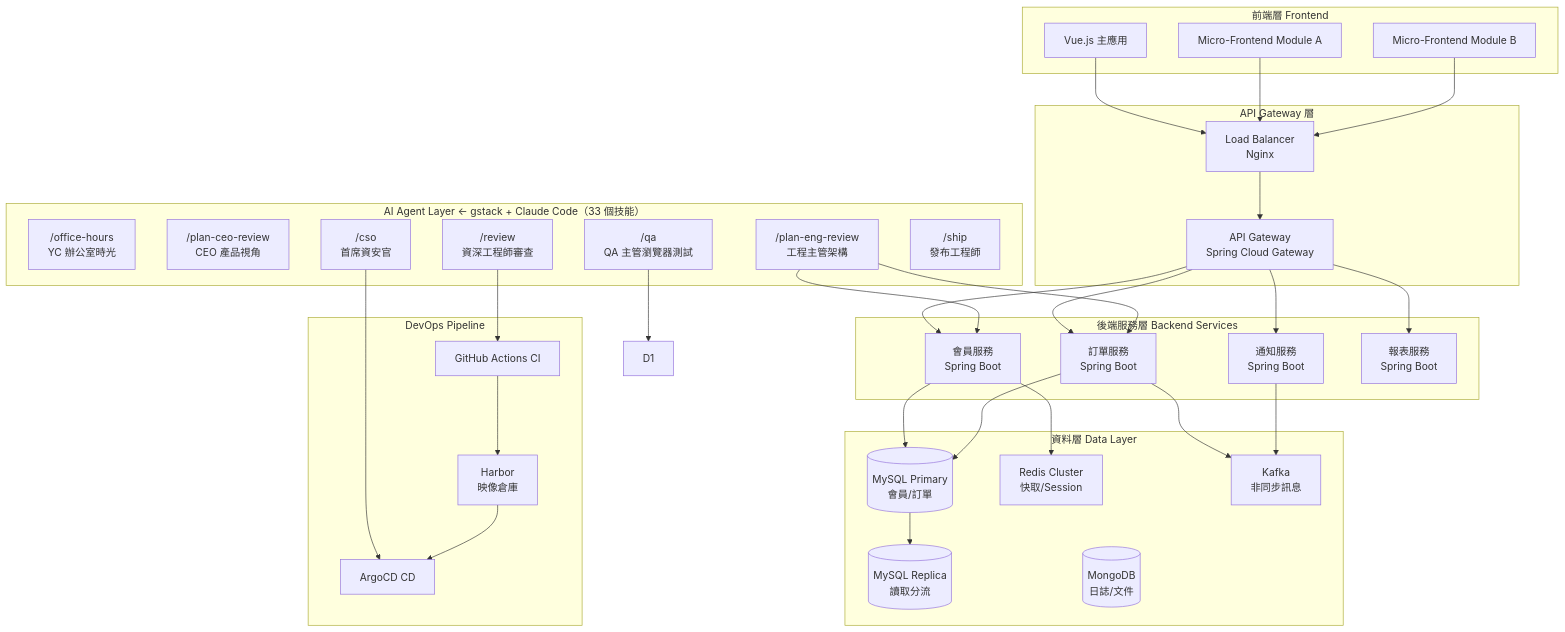
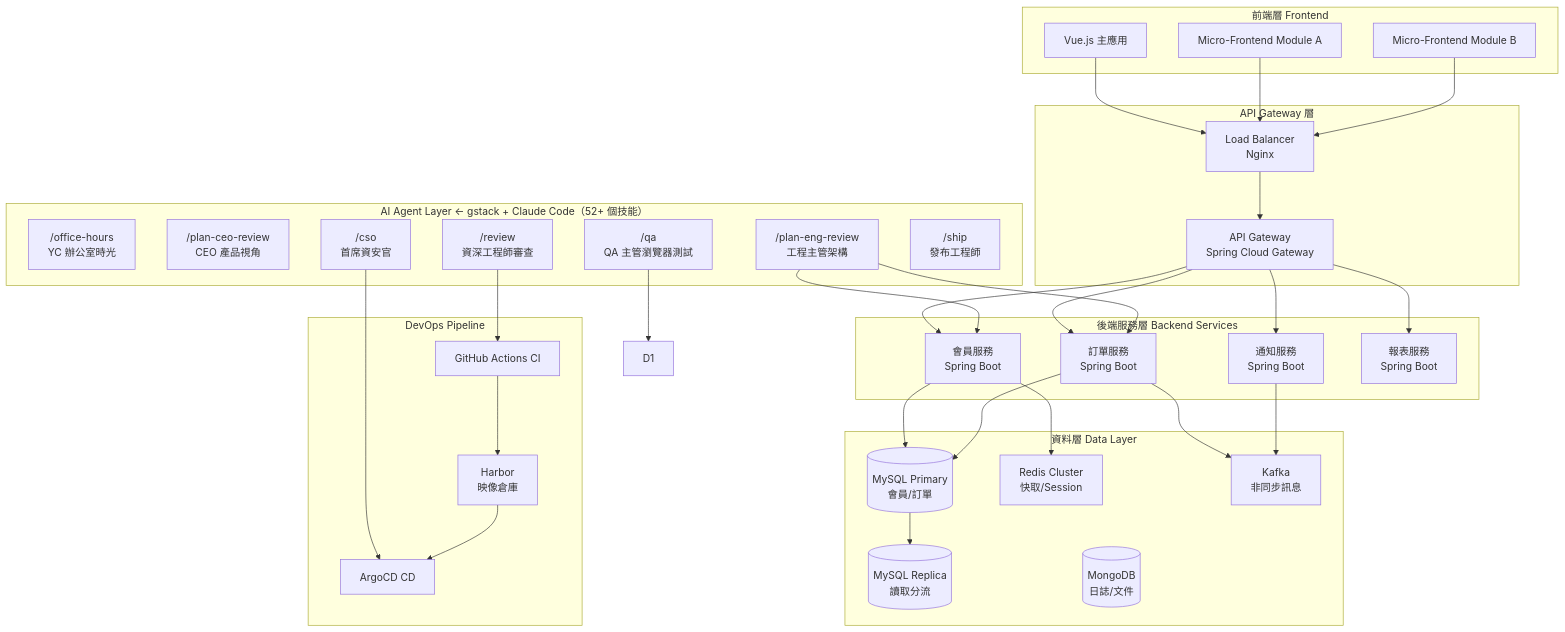
One commit to chihhung/Blog changed the first of 6 diagrams in content/posts/教學/AI開發/gstack教學手冊.md. Above: the diagram before and after it, drawn with Mermaid. The commit also changed other lines of this file and 12 other files, not shown here.

````diff
--- a/content/posts/教學/AI開發/gstack教學手冊.md
+++ b/content/posts/教學/AI開發/gstack教學手冊.md
@@ -250,66 +260,66 @@
 ```mermaid
 graph TB
     subgraph "前端層 Frontend"
         FE1[Vue.js 主應用]
         FE2[Micro-Frontend Module A]
         FE3[Micro-Frontend Module B]
     end
 
     subgraph "API Gateway 層"
         GW[API Gateway\nSpring Cloud Gateway]
         LB[Load Balancer\nNginx]
     end
 
     subgraph "後端服務層 Backend Services"
         SVC1[會員服務\nSpring Boot]
         SVC2[訂單服務\nSpring Boot]
         SVC3[通知服務\nSpring Boot]
         SVC4[報表服務\nSpring Boot]
     end
 
-    subgraph "AI Agent Layer ← gstack + Claude Code（33 個技能）"
+    subgraph "AI Agent Layer ← gstack + Claude Code（52+ 個技能）"
         AG1["/office-hours<br/>YC 辦公室時光"]
         AG2["/plan-ceo-review<br/>CEO 產品視角"]
         AG3["/plan-eng-review<br/>工程主管架構"]
         AG4["/review<br/>資深工程師審查"]
         AG5["/qa<br/>QA 主管瀏覽器測試"]
         AG6["/cso<br/>首席資安官"]
         AG7["/ship<br/>發布工程師"]
     end
 
     subgraph "資料層 Data Layer"
         DB1[(MySQL Primary\n會員/訂單)]
         DB2[(MySQL Replica\n讀取分流)]
         DB3[(MongoDB\n日誌/文件)]
         CACHE[Redis Cluster\n快取/Session]
         MQ[Kafka\n非同步訊息]
     end
 
     subgraph "DevOps Pipeline"
         CI[GitHub Actions CI]
         CD[ArgoCD CD]
         REG[Harbor\n映像倉庫]
     end
 
     FE1 --> LB
     FE2 --> LB
     FE3 --> LB
     LB --> GW
     GW --> SVC1
     GW --> SVC2
     GW --> SVC3
     GW --> SVC4
     SVC1 --> DB1
     SVC2 --> DB1
     DB1 --> DB2
     SVC1 --> CACHE
     SVC2 --> MQ
     SVC3 --> MQ
     AG3 --> SVC1
     AG3 --> SVC2
     AG4 --> CI
     AG5 --> D1
     AG6 --> CD
     CI --> REG
     REG --> CD
 ```
````
